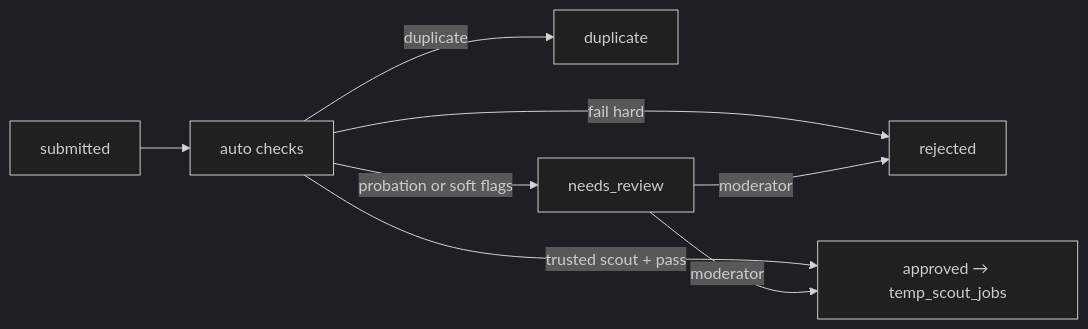
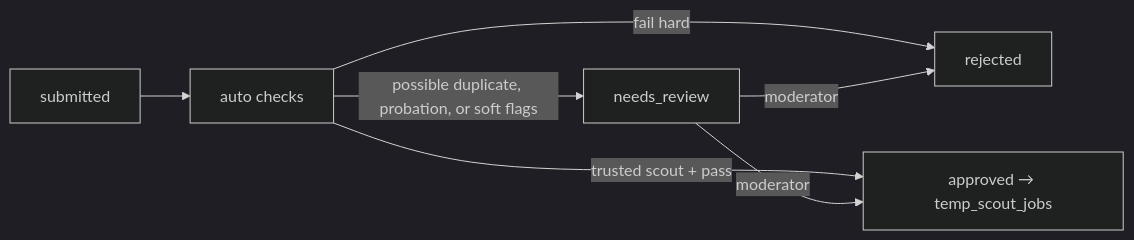
Before and after one commit to sid0709/Joined: the diagram in docs/13-platform-scout.md, drawn with Mermaid (dark theme). The commit also changed other lines of this file and 30 other files, not shown here.

````diff
--- a/docs/13-platform-scout.md
+++ b/docs/13-platform-scout.md
@@ -20,10 +20,9 @@
 ```mermaid
 flowchart LR
   S[submitted] --> A[auto checks]
   A -->|fail hard| R[rejected]
-  A -->|duplicate| D[duplicate]
+  A -->|possible duplicate, probation, or soft flags| Q[needs_review]
   A -->|trusted scout + pass| P[approved → temp_scout_jobs]
-  A -->|probation or soft flags| Q[needs_review]
   Q -->|moderator| P
   Q -->|moderator| R
 ```
````
